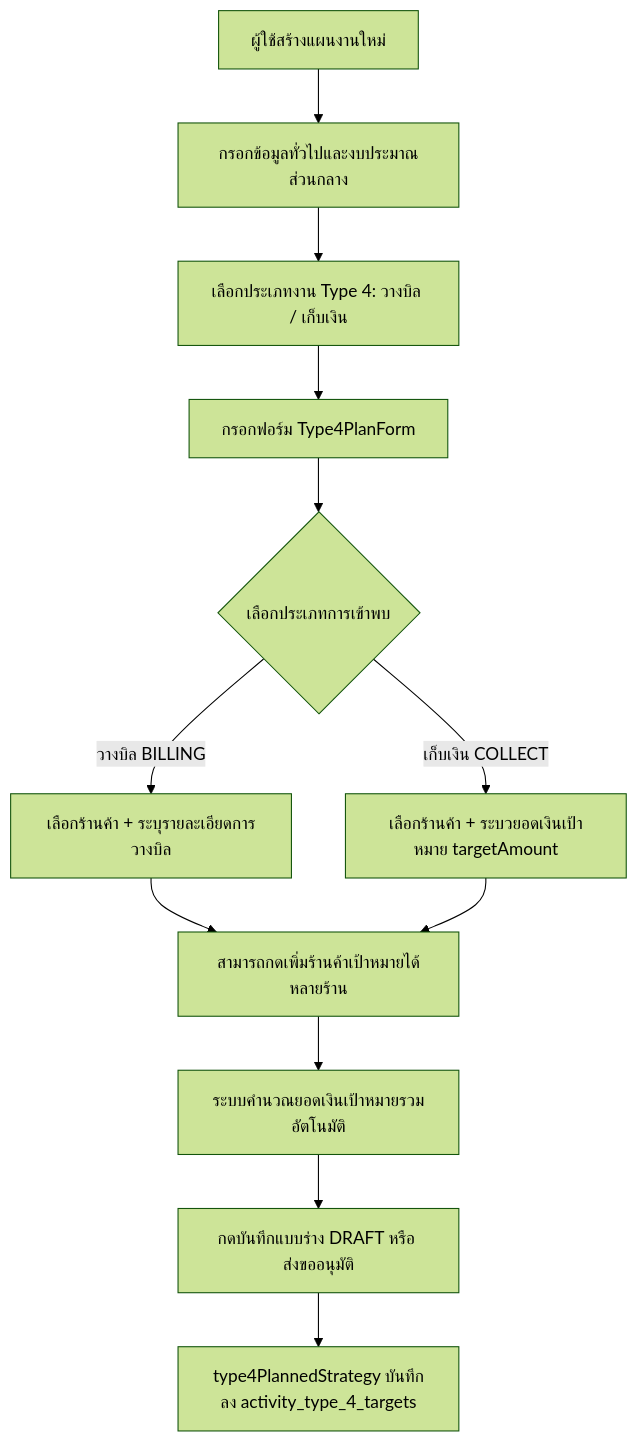
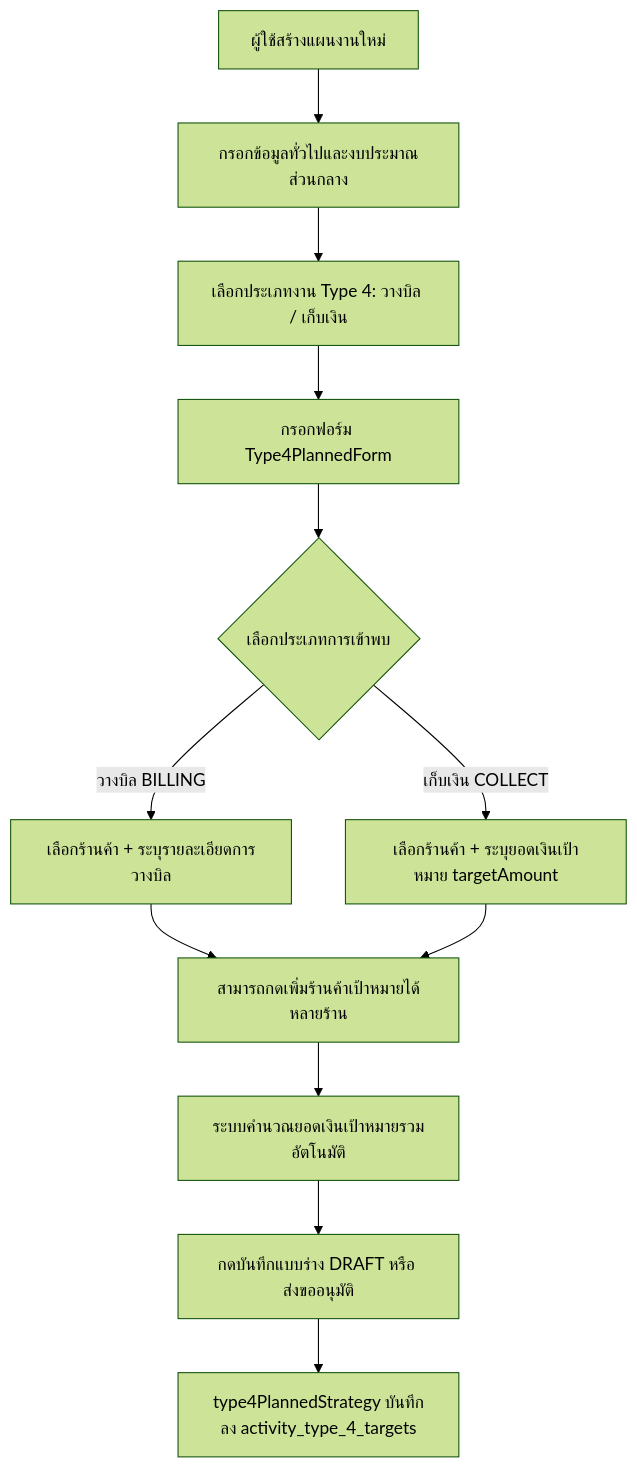
One commit to bankhk10/crm-bank changed the first of 4 diagrams in modules/activity/features/type-4/README.md. Above: the diagram before and after it, drawn with Mermaid (forest theme). The commit also changed other lines of this file, not shown here.

````diff
--- a/modules/activity/features/type-4/README.md
+++ b/modules/activity/features/type-4/README.md
@@ -47,14 +46,14 @@
 ```mermaid
 graph TD
     A[ผู้ใช้สร้างแผนงานใหม่] --> B[กรอกข้อมูลทั่วไปและงบประมาณส่วนกลาง]
     B --> C[เลือกประเภทงาน Type 4: วางบิล / เก็บเงิน]
-    C --> D[กรอกฟอร์ม Type4PlanForm]
+    C --> D[กรอกฟอร์ม Type4PlannedForm]
     D --> E{เลือกประเภทการเข้าพบ}
     E -->|วางบิล BILLING| F[เลือกร้านค้า + ระบุรายละเอียดการวางบิล]
-    E -->|เก็บเงิน COLLECT| G[เลือกร้านค้า + ระบวยอดเงินเป้าหมาย targetAmount]
+    E -->|เก็บเงิน COLLECT| G[เลือกร้านค้า + ระบุยอดเงินเป้าหมาย targetAmount]
     F --> H[สามารถกดเพิ่มร้านค้าเป้าหมายได้หลายร้าน]
     G --> H
     H --> I[ระบบคำนวณยอดเงินเป้าหมายรวมอัตโนมัติ]
     I --> J[กดบันทึกแบบร่าง DRAFT หรือ ส่งขออนุมัติ]
     J --> K[type4PlannedStrategy บันทึกลง activity_type_4_targets]
 ```
````
